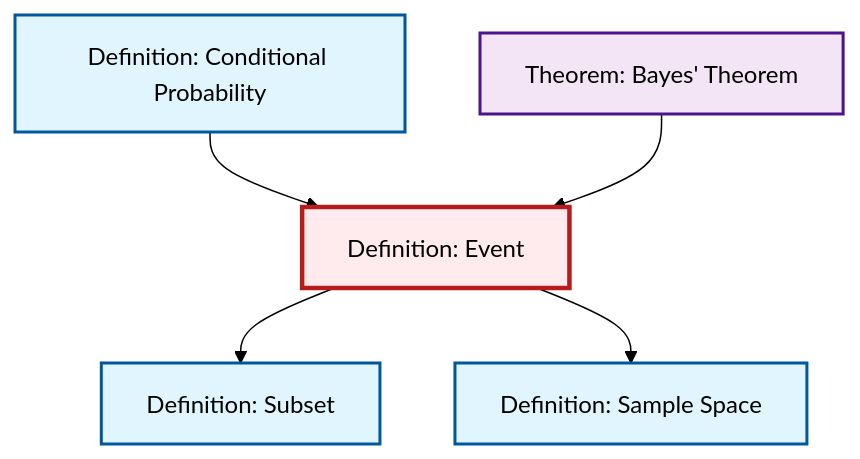
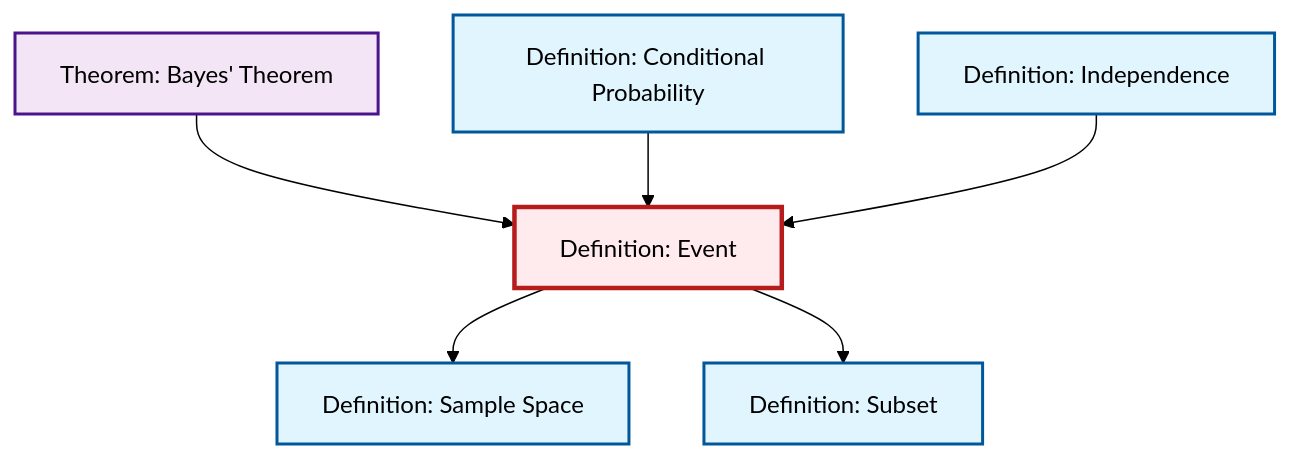
Before and after one commit to RK0429/ModernMath: the diagram in content/en/probability-statistics/def-event.qmd, drawn with Mermaid (forest theme). The commit also changed 474 other files, not shown here.

````diff
--- a/content/en/probability-statistics/def-event.qmd
+++ b/content/en/probability-statistics/def-event.qmd
@@ -69,23 +69,26 @@
 ```{mermaid}
 %%| fig-cap: "Local dependency graph"
 graph TD
     classDef definition fill:#e1f5fe,stroke:#01579b,stroke-width:2px
     classDef theorem fill:#f3e5f5,stroke:#4a148c,stroke-width:2px
     classDef axiom fill:#fff3e0,stroke:#e65100,stroke-width:2px
     classDef example fill:#e8f5e9,stroke:#1b5e20,stroke-width:2px
     classDef current fill:#ffebee,stroke:#b71c1c,stroke-width:3px
+    def-subset["Definition: Subset"]:::definition
+    def-sample-space["Definition: Sample Space"]:::definition
+    def-event["Definition: Event"]:::definition
+    def-conditional-probability["Definition: Conditional Probability"]:::definition
+    def-independence["Definition: Independence"]:::definition
     thm-bayes["Theorem: Bayes' Theorem"]:::theorem
-    def-event["Definition: Event"]:::definition
-    def-sample-space["Definition: Sample Space"]:::definition
-    def-conditional-probability["Definition: Conditional Probability"]:::definition
-    def-subset["Definition: Subset"]:::definition
+    thm-bayes --> def-event
+    def-conditional-probability --> def-event
+    def-independence --> def-event
+    def-event --> def-sample-space
     def-event --> def-subset
-    def-event --> def-sample-space
-    def-conditional-probability --> def-event
-    thm-bayes --> def-event
     class def-event current
-    click thm-bayes "thm-bayes.html" "Go to Bayes' Theorem theorem"
+    click def-subset "def-subset.html" "Go to Subset definition"
     click def-sample-space "def-sample-space.html" "Go to Sample Space definition"
     click def-conditional-probability "def-conditional-probability.html" "Go to Conditional Probability definition"
-    click def-subset "def-subset.html" "Go to Subset definition"
+    click def-independence "def-independence.html" "Go to Independence definition"
+    click thm-bayes "thm-bayes.html" "Go to Bayes' Theorem theorem"
 ```
````
